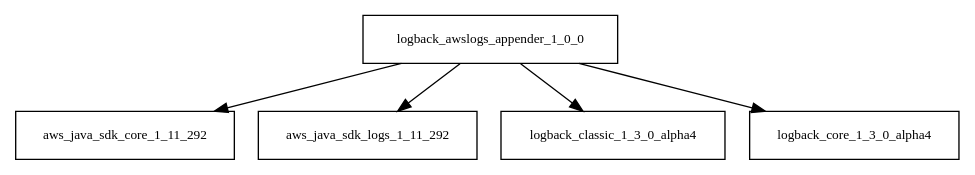
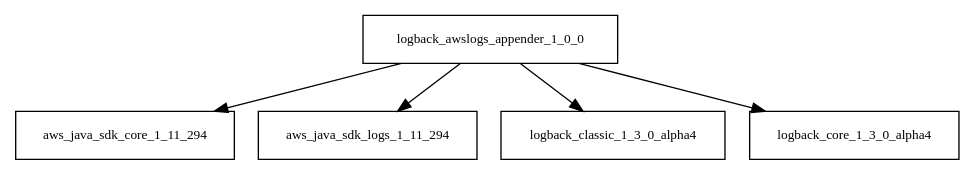
The diagram in tattleTaleReport/graphviz/logback-awslogs-appender-1.0.0.jar/logback-awslogs-appender-1.0.0.jar.dot (sjvs/cia), drawn with Graphviz before and after one commit. The commit also changed 1517 other files, not shown here.

```diff
--- a/tattleTaleReport/graphviz/logback-awslogs-appender-1.0.0.jar/logback-awslogs-appender-1.0.0.jar.dot
+++ b/tattleTaleReport/graphviz/logback-awslogs-appender-1.0.0.jar/logback-awslogs-appender-1.0.0.jar.dot
@@ -1,7 +1,7 @@
 digraph logback_awslogs_appender_1_0_0_dependencies {
   node [shape = box, fontsize=10.0];
-  logback_awslogs_appender_1_0_0 -> aws_java_sdk_core_1_11_292;
-  logback_awslogs_appender_1_0_0 -> aws_java_sdk_logs_1_11_292;
+  logback_awslogs_appender_1_0_0 -> aws_java_sdk_core_1_11_294;
+  logback_awslogs_appender_1_0_0 -> aws_java_sdk_logs_1_11_294;
   logback_awslogs_appender_1_0_0 -> logback_classic_1_3_0_alpha4;
   logback_awslogs_appender_1_0_0 -> logback_core_1_3_0_alpha4;
 }
```
